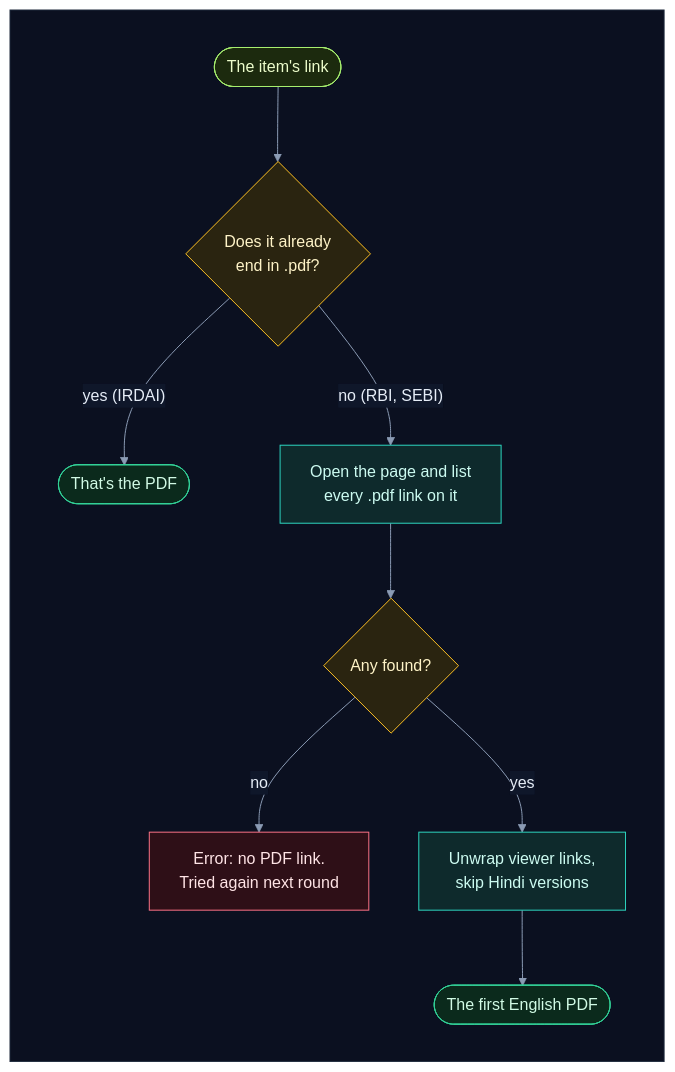
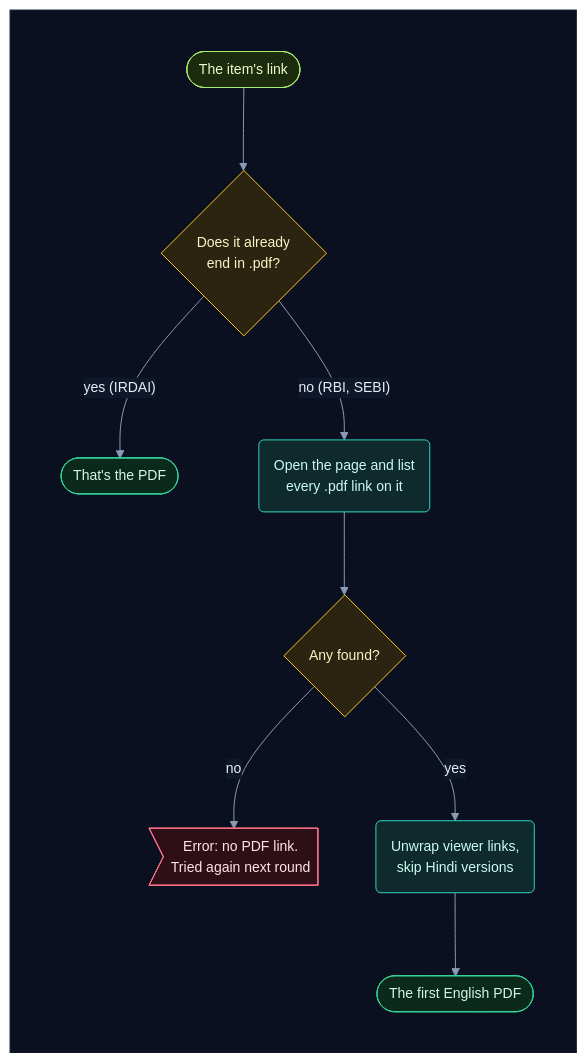
One commit to selvakumarperumal/Regulatory_Circular_Impact_Agent changed the sixth of 18 diagrams in how_the_watcher_works.md. Above: the diagram before and after it, drawn with Mermaid. The commit also changed other lines of this file and 5 other files, not shown here.

Commit message:
Give the docs' flowcharts a shape per kind of part, more room and slightly smaller text

````diff
--- a/how_the_watcher_works.md
+++ b/how_the_watcher_works.md
@@ -276,30 +276,30 @@
 ```mermaid
-%%{init: {"theme": "base", "flowchart": {"diagramPadding": 0}, "themeVariables": {"darkMode": true, "primaryColor": "#16213a", "primaryTextColor": "#e6edf7", "primaryBorderColor": "#475a7a", "lineColor": "#8b9bb4", "secondaryColor": "#1b2436", "tertiaryColor": "#101a2e", "edgeLabelBackground": "#0f172a", "textColor": "#e2e8f0", "clusterBkg": "#0f1728", "clusterBorder": "#2b3a55", "titleColor": "#c4b5fd", "nodeTextColor": "#e6edf7"}}}%%
+%%{init: {"theme": "base", "flowchart": {"diagramPadding": 0, "nodeSpacing": 58, "rankSpacing": 58, "curve": "basis"}, "themeVariables": {"fontSize": "14px", "darkMode": true, "primaryColor": "#16213a", "primaryTextColor": "#e6edf7", "primaryBorderColor": "#475a7a", "lineColor": "#8b9bb4", "secondaryColor": "#1b2436", "tertiaryColor": "#101a2e", "edgeLabelBackground": "#0f172a", "textColor": "#e2e8f0", "clusterBkg": "#0f1728", "clusterBorder": "#2b3a55", "titleColor": "#c4b5fd", "nodeTextColor": "#e6edf7"}}}%%
 flowchart TD
     subgraph canvas[" "]
         direction TB
         a(["The item's link"]) --> b{"Does it already<br/>end in .pdf?"}
         b -->|"yes (IRDAI)"| c(["That's the PDF"])
-        b -->|"no (RBI, SEBI)"| d["Open the page and list<br/>every .pdf link on it"]
+        b -->|"no (RBI, SEBI)"| d("Open the page and list<br/>every .pdf link on it")
         d --> e{"Any found?"}
-        e -->|"no"| h["Error: no PDF link.<br/>Tried again next round"]
-        e -->|"yes"| f["Unwrap viewer links,<br/>skip Hindi versions"]
+        e -->|"no"| h>"Error: no PDF link.<br/>Tried again next round"]
+        e -->|"yes"| f("Unwrap viewer links,<br/>skip Hindi versions")
         f --> g(["The first English PDF"])
     end
     classDef svc fill:#0e2a2c,stroke:#2dd4bf,color:#ccfbf1
     classDef data fill:#1c1a47,stroke:#818cf8,color:#e0e7ff
     classDef ext fill:#2a1640,stroke:#c084fc,color:#f3e8ff
     classDef gpu fill:#2d1b0c,stroke:#fb923c,color:#ffedd5
     classDef ask fill:#2a2410,stroke:#fbbf24,color:#fef3c7
     classDef ok fill:#0b2a1c,stroke:#34d399,color:#d1fae5
     classDef bad fill:#2e0f17,stroke:#fb7185,color:#ffe4e6
     classDef start fill:#1c2a0e,stroke:#a7ef6f,color:#ecfccb
     classDef muted fill:#1a2130,stroke:#64748b,color:#cbd5e1
     classDef queue fill:#0c2231,stroke:#38bdf8,color:#e0f2fe
     class a start
     class b,e ask
     class c,g ok
     class d,f svc
     class h bad
     style canvas fill:#0b1020,stroke:#1e293b,color:#0b1020
 ```
````
